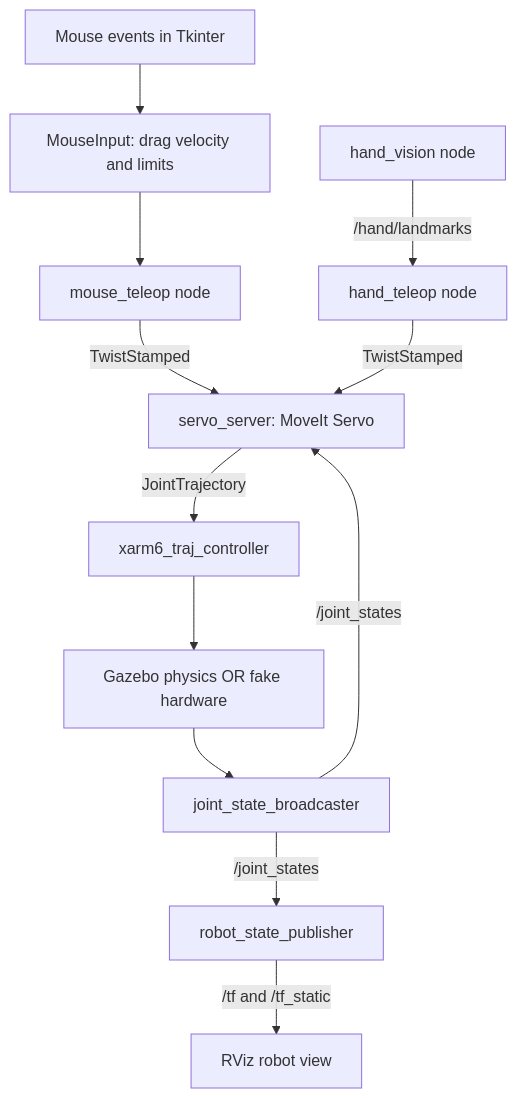
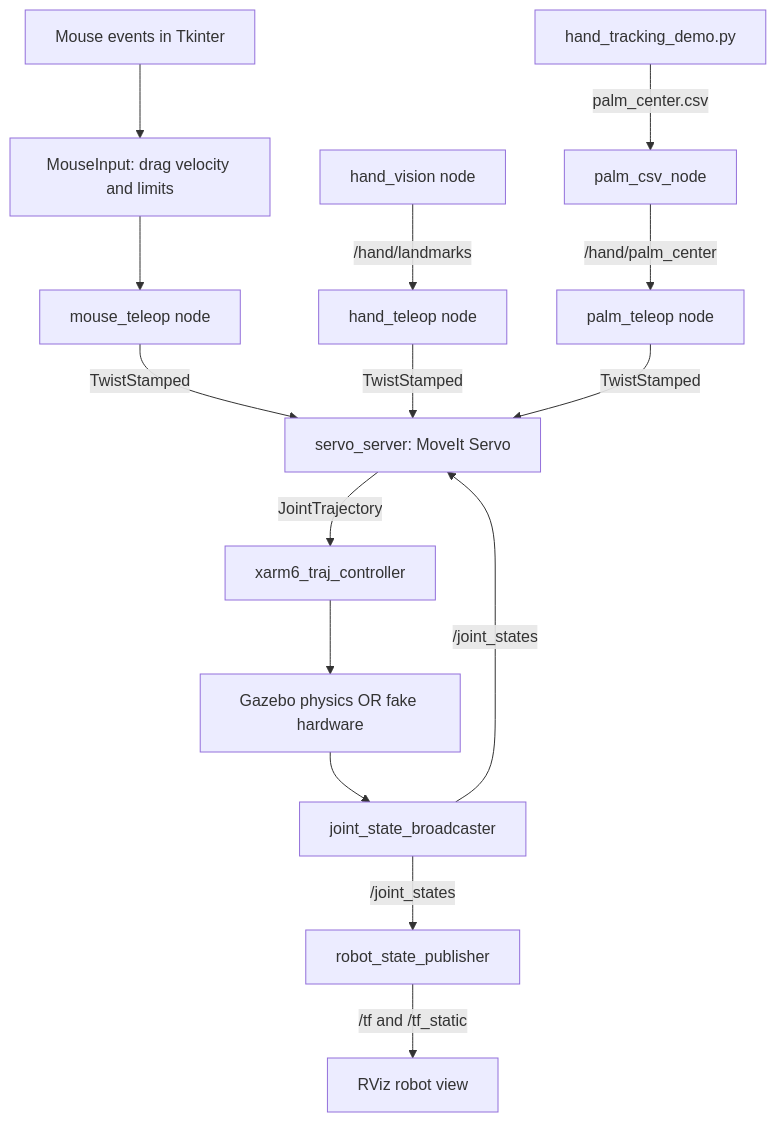
The first of 3 diagrams in ros_ws/src/hand_teleop/ARCHITECTURE.md (EthanGopez/HAND), drawn with Mermaid before and after one commit. The commit also changed other lines of this file and 25 other files, not shown here.

````diff
--- a/ros_ws/src/hand_teleop/ARCHITECTURE.md
+++ b/ros_ws/src/hand_teleop/ARCHITECTURE.md
@@ -14,14 +14,17 @@
 ```mermaid
 flowchart TD
     Mouse[Mouse events in Tkinter] --> MI[MouseInput: drag velocity and limits]
     MI --> MT[mouse_teleop node]
     Vision[hand_vision node] -->|/hand/landmarks| Hand[hand_teleop node]
+    Demo[hand_tracking_demo.py] -->|palm_center.csv| CsvVision[palm_csv_node]
+    CsvVision -->|/hand/palm_center| PalmT[palm_teleop node]
     MT -->|TwistStamped| Servo[servo_server: MoveIt Servo]
     Hand -->|TwistStamped| Servo
+    PalmT -->|TwistStamped| Servo
     Servo -->|JointTrajectory| Controller[xarm6_traj_controller]
     Controller --> Backend[Gazebo physics OR fake hardware]
     Backend --> Broadcaster[joint_state_broadcaster]
     Broadcaster -->|/joint_states| Servo
     Broadcaster -->|/joint_states| RSP[robot_state_publisher]
     RSP -->|/tf and /tf_static| RViz[RViz robot view]
 ```
````
